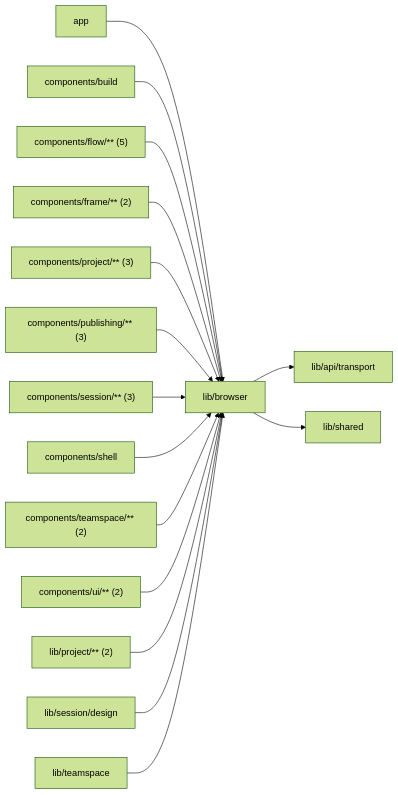
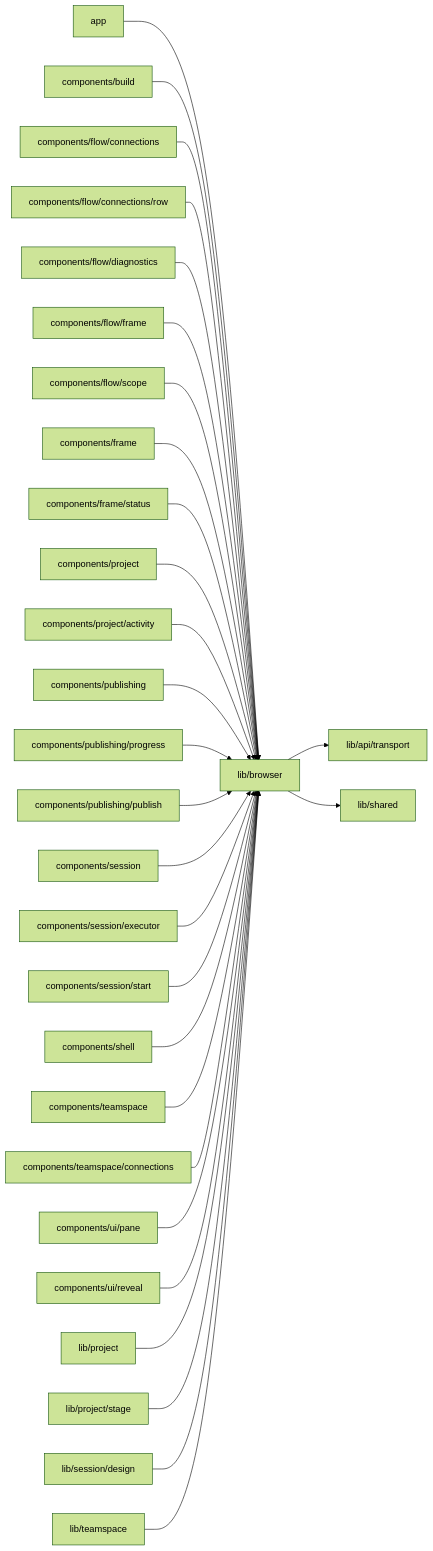
The diagram in web/studio/lib/browser/README.md (superdurable/superverse), drawn with Mermaid (forest theme) before and after one commit. The commit also changed other lines of this file and 41 other files, not shown here.

First line of the commit message:
Studio: quieter Setup, build strip and chat; failures lead to Setup; one process opens its Flow

````diff
--- a/web/studio/lib/browser/README.md
+++ b/web/studio/lib/browser/README.md
@@ -10,19 +10,32 @@
 ```mermaid
 flowchart LR
   self["lib/browser"]
   c0["app"] --> self
   c1["components/build"] --> self
-  c2["components/flow/** (5)"] --> self
-  c3["components/frame/** (2)"] --> self
-  c4["components/project/** (3)"] --> self
-  c5["components/publishing/** (3)"] --> self
-  c6["components/session/** (3)"] --> self
-  c7["components/shell"] --> self
-  c8["components/teamspace/** (2)"] --> self
-  c9["components/ui/** (2)"] --> self
-  c10["lib/project/** (2)"] --> self
-  c11["lib/session/design"] --> self
-  c12["lib/teamspace"] --> self
+  c2["components/flow/connections"] --> self
+  c3["components/flow/connections/row"] --> self
+  c4["components/flow/diagnostics"] --> self
+  c5["components/flow/frame"] --> self
+  c6["components/flow/scope"] --> self
+  c7["components/frame"] --> self
+  c8["components/frame/status"] --> self
+  c9["components/project"] --> self
+  c10["components/project/activity"] --> self
+  c11["components/publishing"] --> self
+  c12["components/publishing/progress"] --> self
+  c13["components/publishing/publish"] --> self
+  c14["components/session"] --> self
+  c15["components/session/executor"] --> self
+  c16["components/session/start"] --> self
+  c17["components/shell"] --> self
+  c18["components/teamspace"] --> self
+  c19["components/teamspace/connections"] --> self
+  c20["components/ui/pane"] --> self
+  c21["components/ui/reveal"] --> self
+  c22["lib/project"] --> self
+  c23["lib/project/stage"] --> self
+  c24["lib/session/design"] --> self
+  c25["lib/teamspace"] --> self
   self --> d0["lib/api/transport"]
   self --> d1["lib/shared"]
 ```
````
